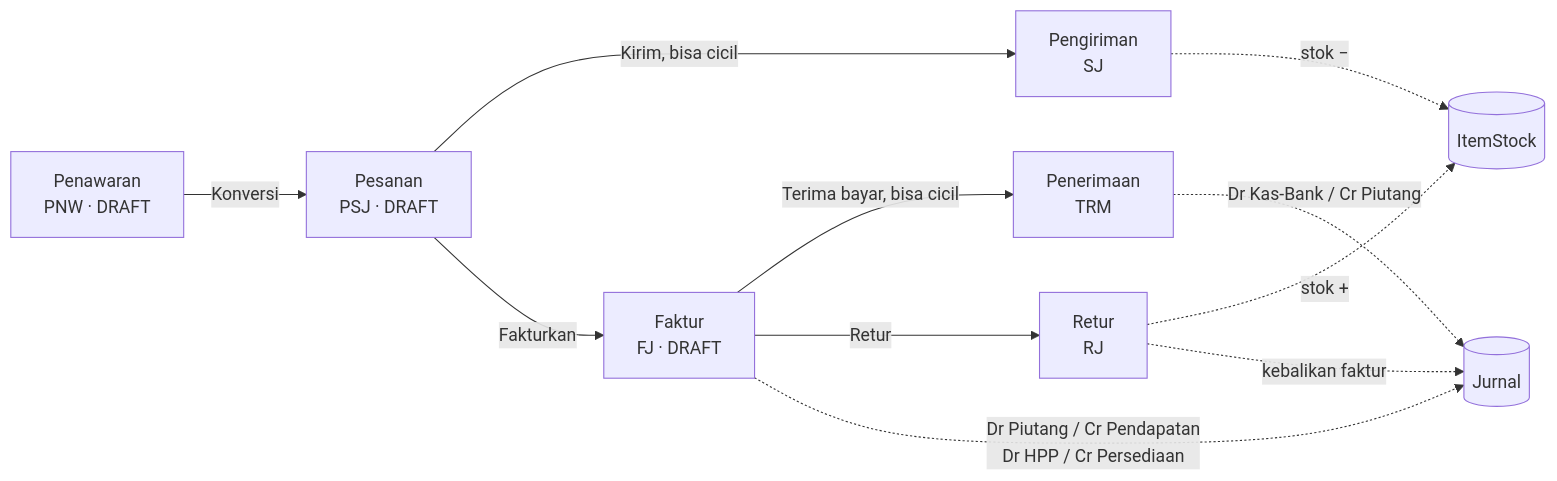
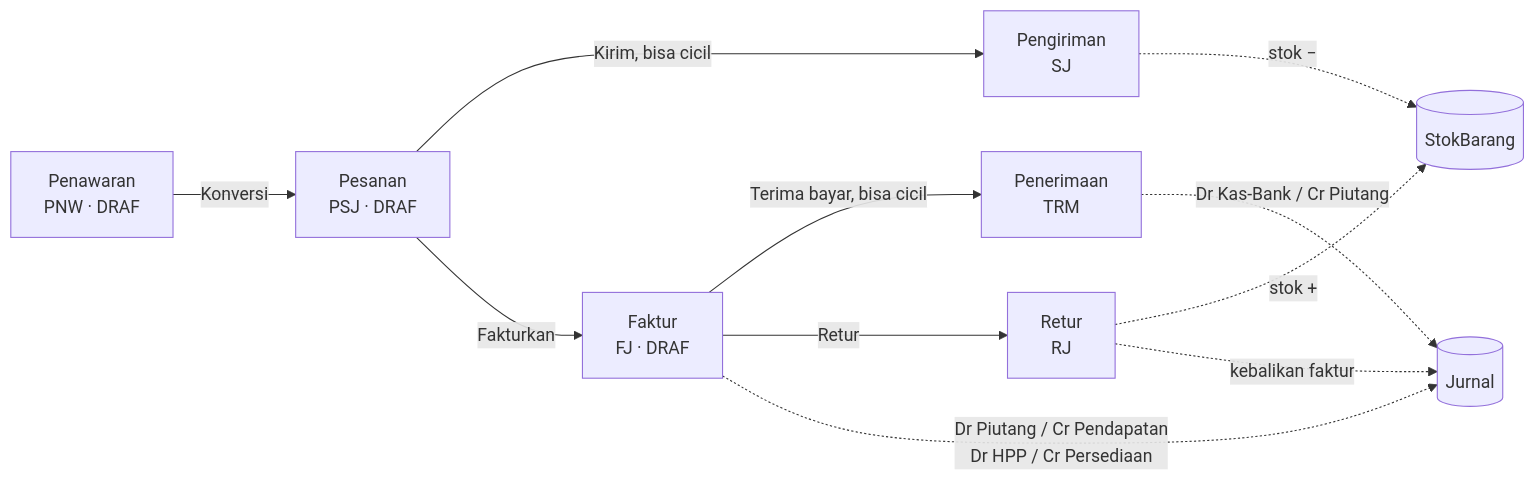
One commit to dreinst/accuratecopy changed the third of 6 diagrams in ARCHITECTURE.md. Above: the diagram before and after it, drawn with Mermaid. The commit also changed other lines of this file and 194 other files, not shown here.

````diff
--- a/ARCHITECTURE.md
+++ b/ARCHITECTURE.md
@@ -167,13 +167,13 @@
 ```mermaid
 flowchart LR
-    PNW[Penawaran<br/>PNW · DRAFT] -->|Konversi| PSJ[Pesanan<br/>PSJ · DRAFT]
+    PNW[Penawaran<br/>PNW · DRAF] -->|Konversi| PSJ[Pesanan<br/>PSJ · DRAF]
     PSJ -->|Kirim, bisa cicil| SJ[Pengiriman<br/>SJ]
-    PSJ -->|Fakturkan| FJ[Faktur<br/>FJ · DRAFT]
+    PSJ -->|Fakturkan| FJ[Faktur<br/>FJ · DRAF]
     FJ -->|Terima bayar, bisa cicil| TRM[Penerimaan<br/>TRM]
     FJ -->|Retur| RJ[Retur<br/>RJ]
-    SJ -.->|stok −| STK[(ItemStock)]
+    SJ -.->|stok −| STK[(StokBarang)]
     RJ -.->|stok +| STK
     FJ -.->|Dr Piutang / Cr Pendapatan<br/>Dr HPP / Cr Persediaan| GL[(Jurnal)]
     TRM -.->|Dr Kas-Bank / Cr Piutang| GL
     RJ -.->|kebalikan faktur| GL
 ```
````
